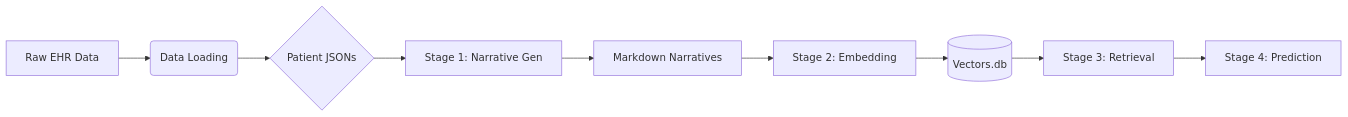
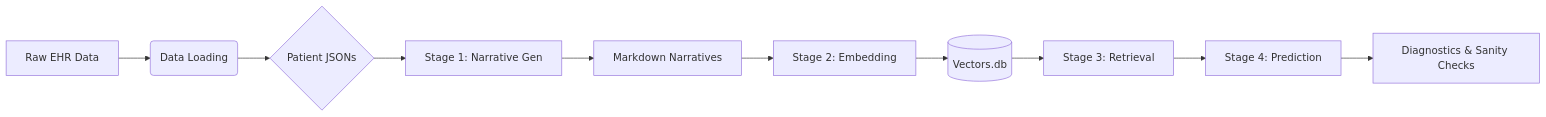
One commit to Pirate-Hunter-Zoro/Atlas changed the first of 2 diagrams in research/TRD-EHR/README.md. Above: the diagram before and after it, drawn with Mermaid. The commit also changed other lines of this file and 2 other files, not shown here.

Commit message:
further progress on sanity checks

````diff
--- a/research/TRD-EHR/README.md
+++ b/research/TRD-EHR/README.md
@@ -8,13 +8,14 @@
 ```mermaid
 graph LR
     A[Raw EHR Data] --> B(Data Loading)
     B --> C{Patient JSONs}
     C --> D[Stage 1: Narrative Gen]
     D --> E[Markdown Narratives]
     E --> F[Stage 2: Embedding]
     F --> G[(Vectors.db)]
     G --> H[Stage 3: Retrieval]
     H --> I[Stage 4: Prediction]
+    I --> J[Diagnostics & Sanity Checks]
 
 
 ```
````
